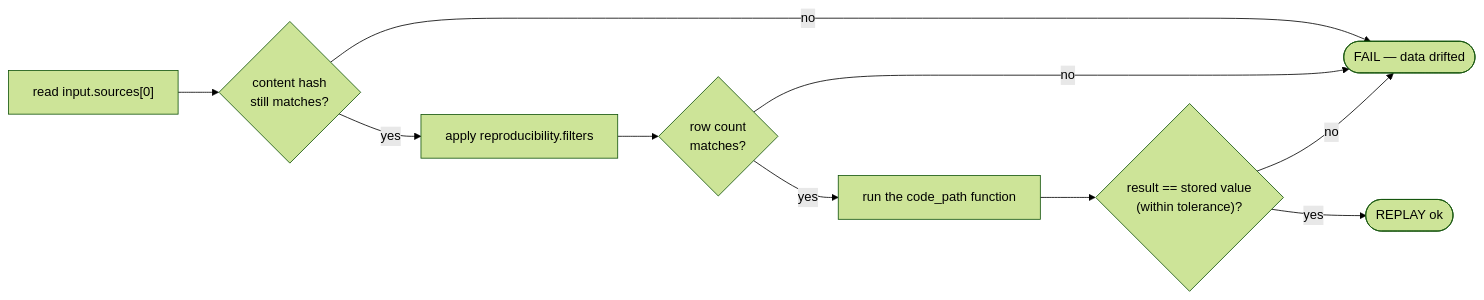
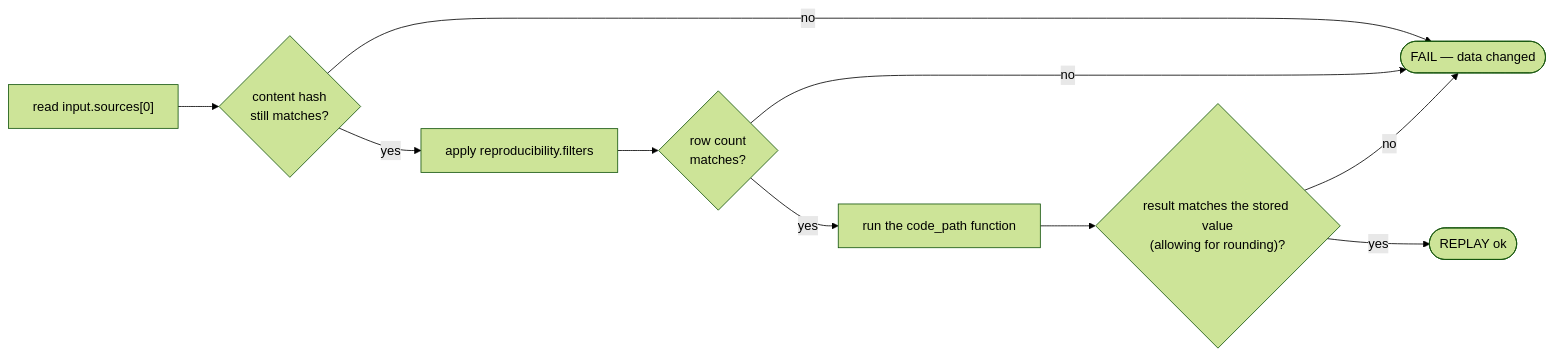
One commit to stephs-repos/analysis-kit changed the fourth of 6 diagrams in docs/CONCEPTS.md. Above: the diagram before and after it, drawn with Mermaid (forest theme). The commit also changed other lines of this file, not shown here.

````diff
--- a/docs/CONCEPTS.md
+++ b/docs/CONCEPTS.md
@@ -218,12 +228,12 @@
 ```mermaid
 flowchart LR
   A["read input.sources[0]"] --> B{"content hash<br/>still matches?"}
-  B -- no --> X(["FAIL — data drifted"])
+  B -- no --> X(["FAIL — data changed"])
   B -- yes --> C["apply reproducibility.filters"]
   C --> D{"row count<br/>matches?"}
   D -- no --> X
   D -- yes --> E["run the code_path function"]
-  E --> F{"result == stored value<br/>(within tolerance)?"}
+  E --> F{"result matches the stored value<br/>(allowing for rounding)?"}
   F -- no --> X
   F -- yes --> OK(["REPLAY ok"])
 ```
````
